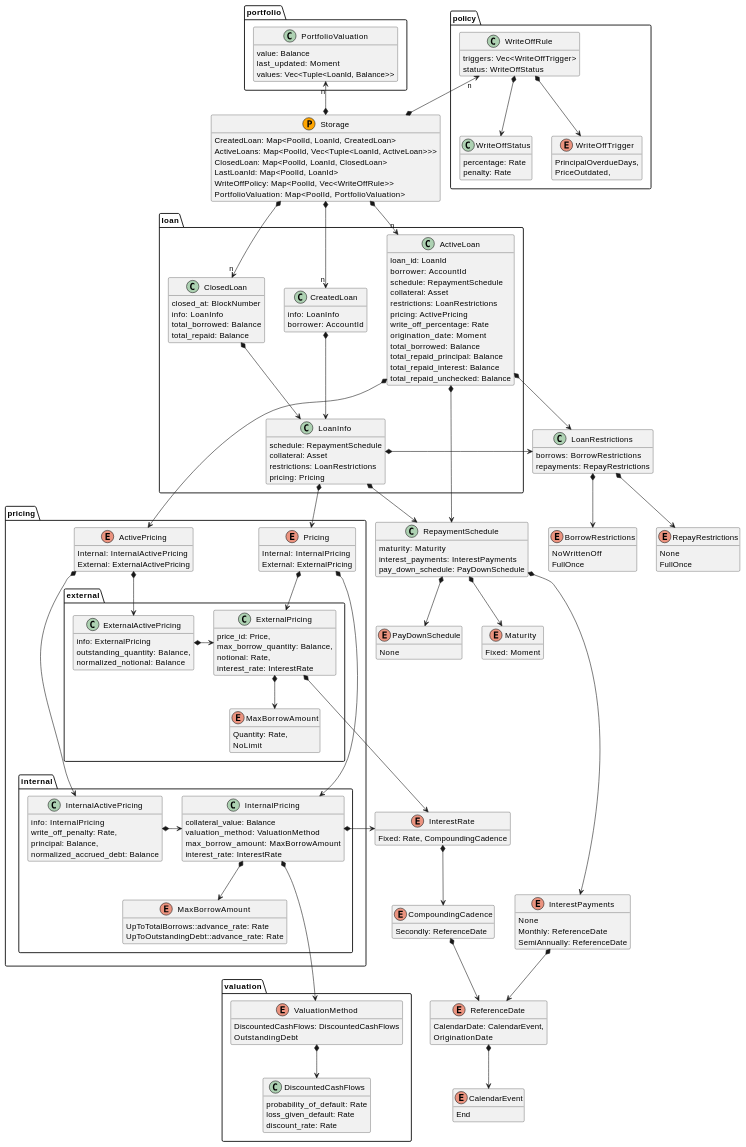
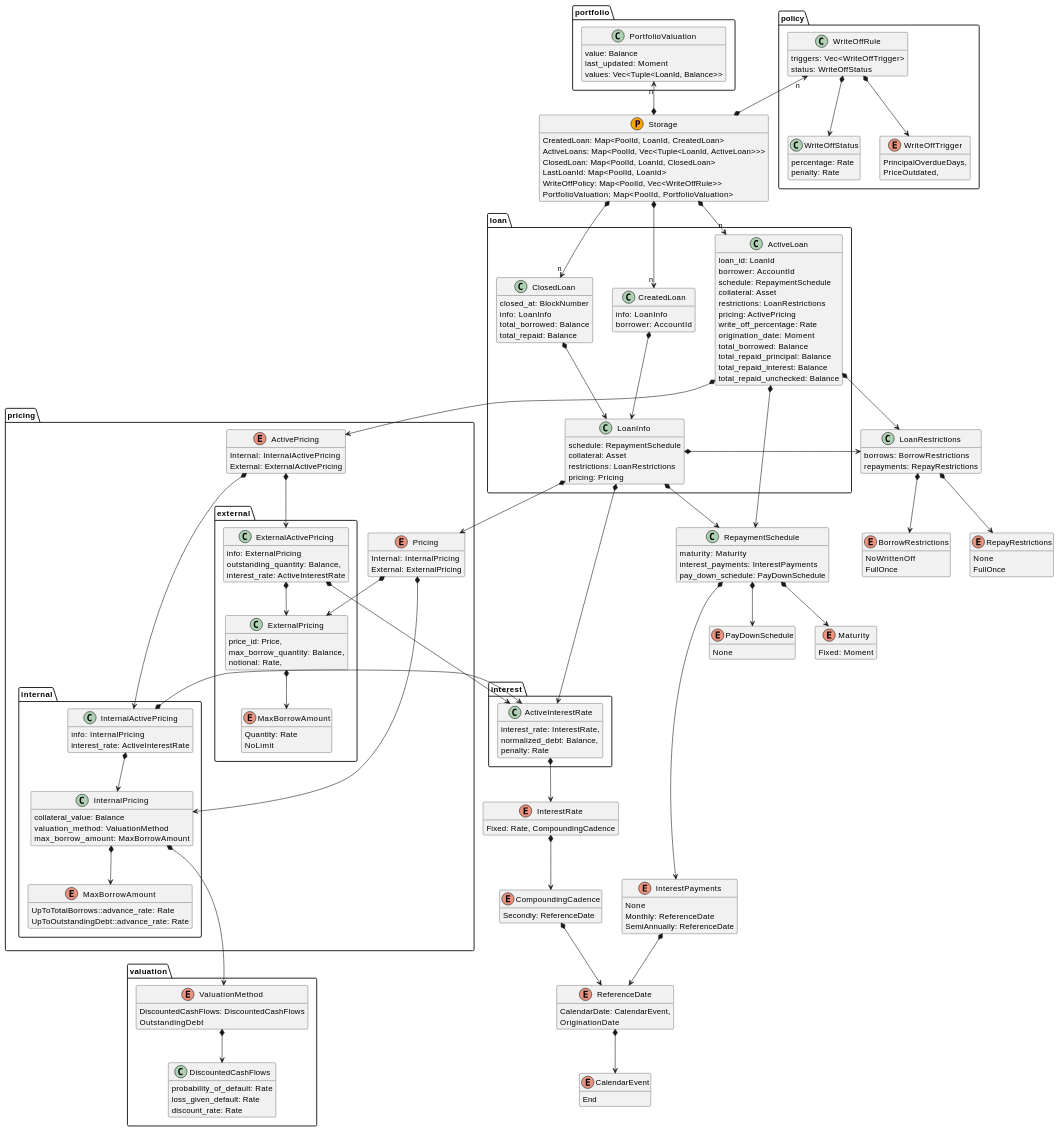
One commit to centrifuge/centrifuge-chain changed the diagram in pallets/loans/docs/types.md. Above: the diagram before and after it, drawn with PlantUML.

Commit message:
update diagram with PR changes

```diff
--- a/pallets/loans/docs/types.md
+++ b/pallets/loans/docs/types.md
@@ -114,6 +114,16 @@
     WriteOffRule *--> WriteOffStatus
 }
 
+package interest {
+    class ActiveInterestRate {
+        interest_rate: InterestRate,
+        normalized_debt: Balance,
+        penalty: Rate
+    }
+
+    ActiveInterestRate *--> InterestRate
+}
+
 package pricing {
     package internal {
         enum MaxBorrowAmount {
@@ -125,26 +135,23 @@
             collateral_value: Balance
             valuation_method: ValuationMethod
             max_borrow_amount: MaxBorrowAmount
-            interest_rate: InterestRate
         }
 
         InternalPricing *--> MaxBorrowAmount
         InternalPricing *-d--> valuation::ValuationMethod
-        InternalPricing *-r-> InterestRate
 
         class InternalActivePricing {
             info: InternalPricing
-            write_off_penalty: Rate,
-            principal: Balance,
-            normalized_accrued_debt: Balance
+            interest_rate: ActiveInterestRate
         }
 
-        InternalActivePricing *-r-> InternalPricing
+        InternalActivePricing *-r-> ActiveInterestRate
+        InternalActivePricing *--> InternalPricing
     }
 
     package external {
         enum MaxBorrowAmount {
-            Quantity: Rate,
+            Quantity: Rate
             NoLimit
         }
 
@@ -152,20 +159,19 @@
             price_id: Price,
             max_borrow_quantity: Balance,
             notional: Rate,
-            interest_rate: InterestRate
         }
 
         ExternalPricing *--> MaxBorrowAmount
-        ExternalPricing *-r-> InterestRate
 
         class ExternalActivePricing {
             info: ExternalPricing
             outstanding_quantity: Balance,
-            normalized_notional: Balance
+            interest_rate: ActiveInterestRate
         }
+
+        ExternalActivePricing *-r-> ActiveInterestRate
+        ExternalActivePricing *--> ExternalPricing
     }
-
-    ExternalActivePricing *-r-> ExternalPricing
 
     enum Pricing {
         Internal: InternalPricing
@@ -222,6 +228,7 @@
     LoanInfo *--> RepaymentSchedule
     LoanInfo *-r-> LoanRestrictions
     LoanInfo *--> pricing::Pricing
+    LoanInfo *--> ActiveInterestRate
 
     CreatedLoan *--> LoanInfo
     ActiveLoan *--> pricing::ActivePricing
```
